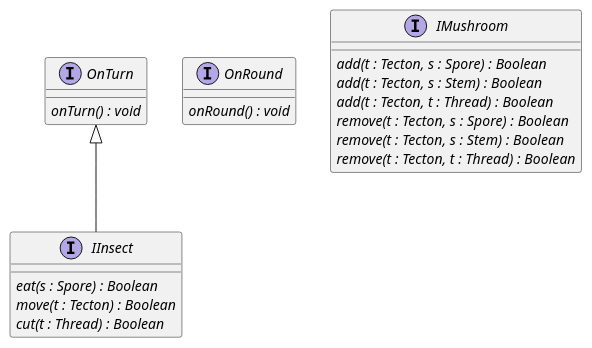
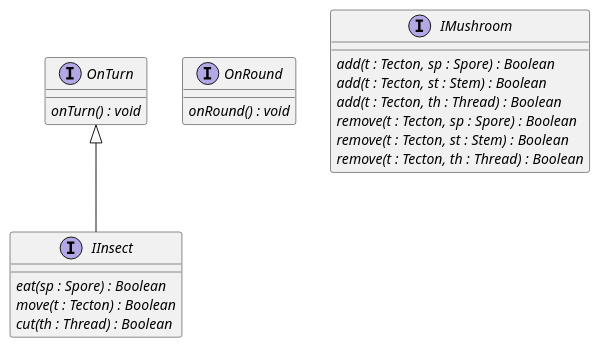
Before and after one commit to Petya-G/fungorium: the diagram in 4/classes/interface.puml, drawn with PlantUML.

Commit message:
changed method parameter names

```diff
--- a/4/classes/interface.puml
+++ b/4/classes/interface.puml
@@ -1,26 +1,26 @@
 @startuml interface
 
 interface OnTurn{
     {abstract} onTurn() : void
 }
 
 interface OnRound{
     {abstract} onRound() : void
 }
 
 interface IInsect implements OnTurn{
-    {abstract} eat(s : Spore) : Boolean
+    {abstract} eat(sp : Spore) : Boolean
     {abstract} move(t : Tecton) : Boolean
-    {abstract} cut(t : Thread) : Boolean
+    {abstract} cut(th : Thread) : Boolean
 }
 
 interface IMushroom{
-    {abstract} add(t : Tecton, s : Spore) : Boolean
-    {abstract} add(t : Tecton, s : Stem) : Boolean
-    {abstract} add(t : Tecton, t : Thread) : Boolean
-    {abstract} remove(t : Tecton, s : Spore) : Boolean
-    {abstract} remove(t : Tecton, s : Stem) : Boolean
-    {abstract} remove(t : Tecton, t : Thread) : Boolean
+    {abstract} add(t : Tecton, sp : Spore) : Boolean
+    {abstract} add(t : Tecton, st : Stem) : Boolean
+    {abstract} add(t : Tecton, th : Thread) : Boolean
+    {abstract} remove(t : Tecton, sp : Spore) : Boolean
+    {abstract} remove(t : Tecton, st : Stem) : Boolean
+    {abstract} remove(t : Tecton, th : Thread) : Boolean
 }
 
 @enduml
```
